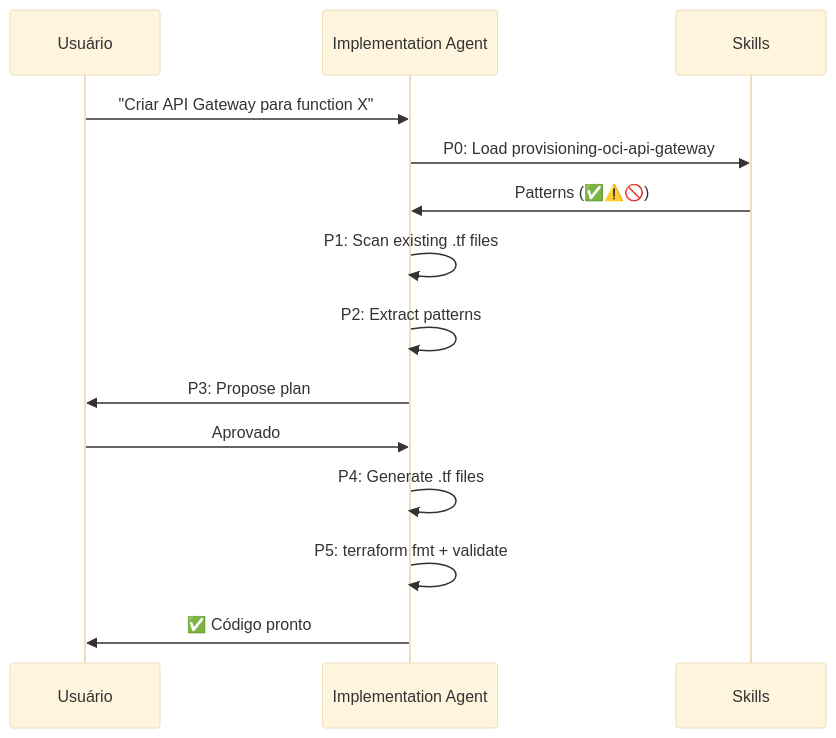
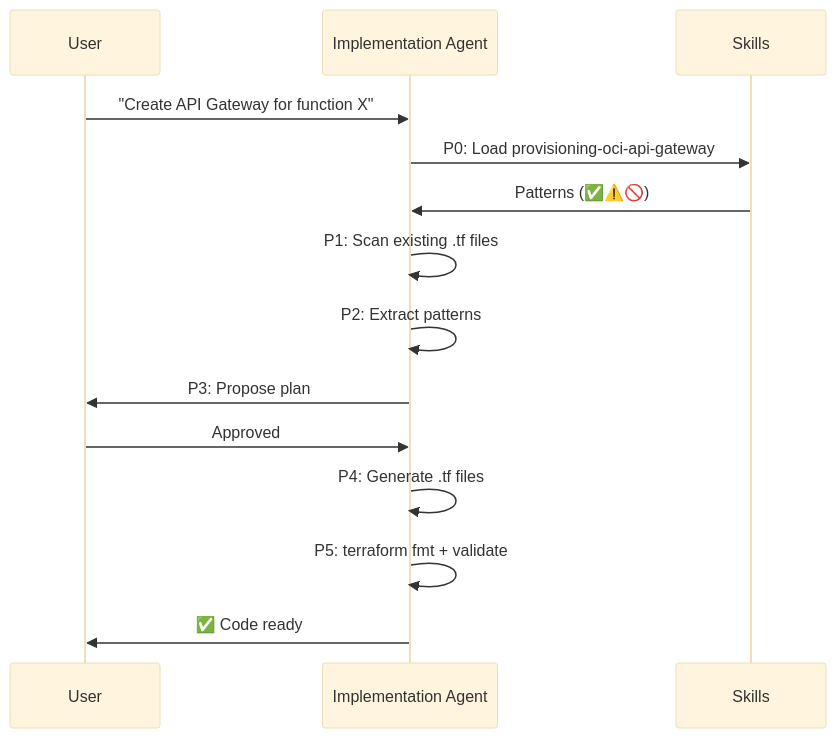
Before and after one commit to rodrigo-mendes/agents-factory: the third of 5 diagrams in docs/fluxos/fluxo-implementacao.md, drawn with Mermaid (base theme). The commit also changed other lines of this file and 70 other files, not shown here.

````diff
--- a/docs/fluxos/fluxo-implementacao.md
+++ b/docs/fluxos/fluxo-implementacao.md
@@ -73,17 +73,17 @@
 ```mermaid
 sequenceDiagram
-    participant U as Usuário
+    participant U as User
     participant AG as Implementation Agent
     participant SK as Skills
     
-    U->>AG: "Criar API Gateway para function X"
+    U->>AG: "Create API Gateway for function X"
     AG->>SK: P0: Load provisioning-oci-api-gateway
     SK->>AG: Patterns (✅⚠️🚫)
     AG->>AG: P1: Scan existing .tf files
     AG->>AG: P2: Extract patterns
     AG->>U: P3: Propose plan
-    U->>AG: Aprovado
+    U->>AG: Approved
     AG->>AG: P4: Generate .tf files
     AG->>AG: P5: terraform fmt + validate
-    AG->>U: ✅ Código pronto
+    AG->>U: ✅ Code ready
 ```
````
